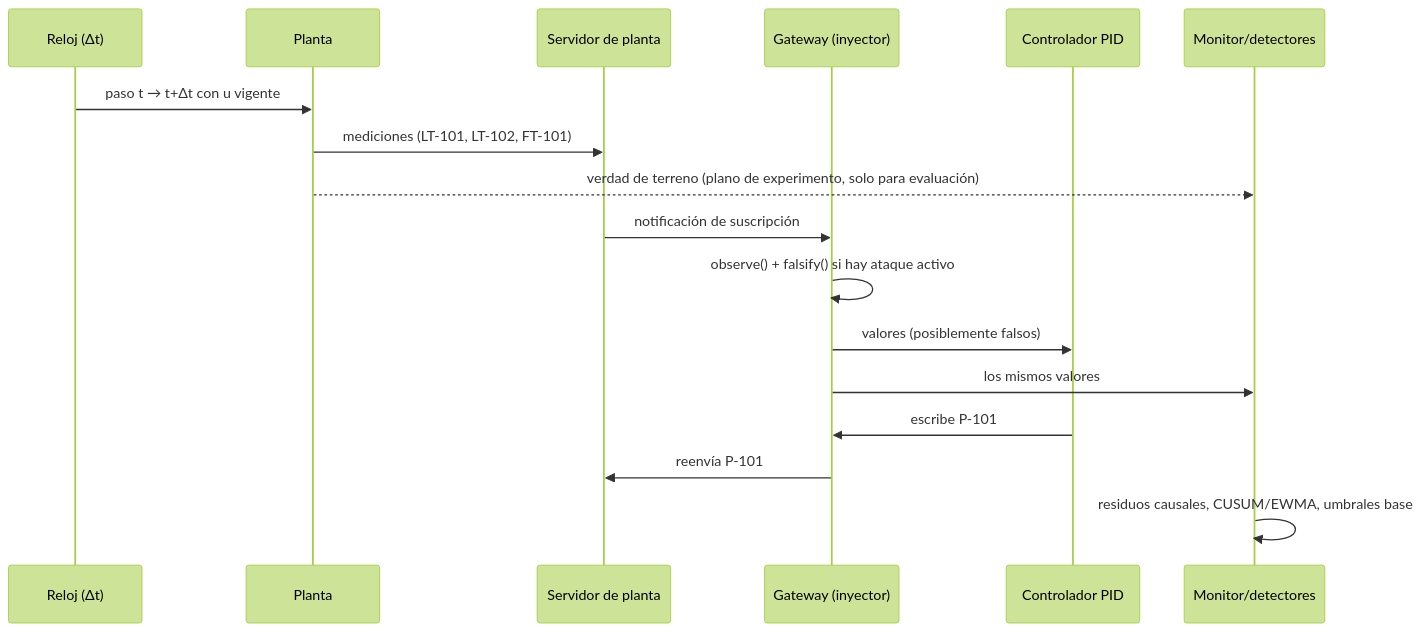
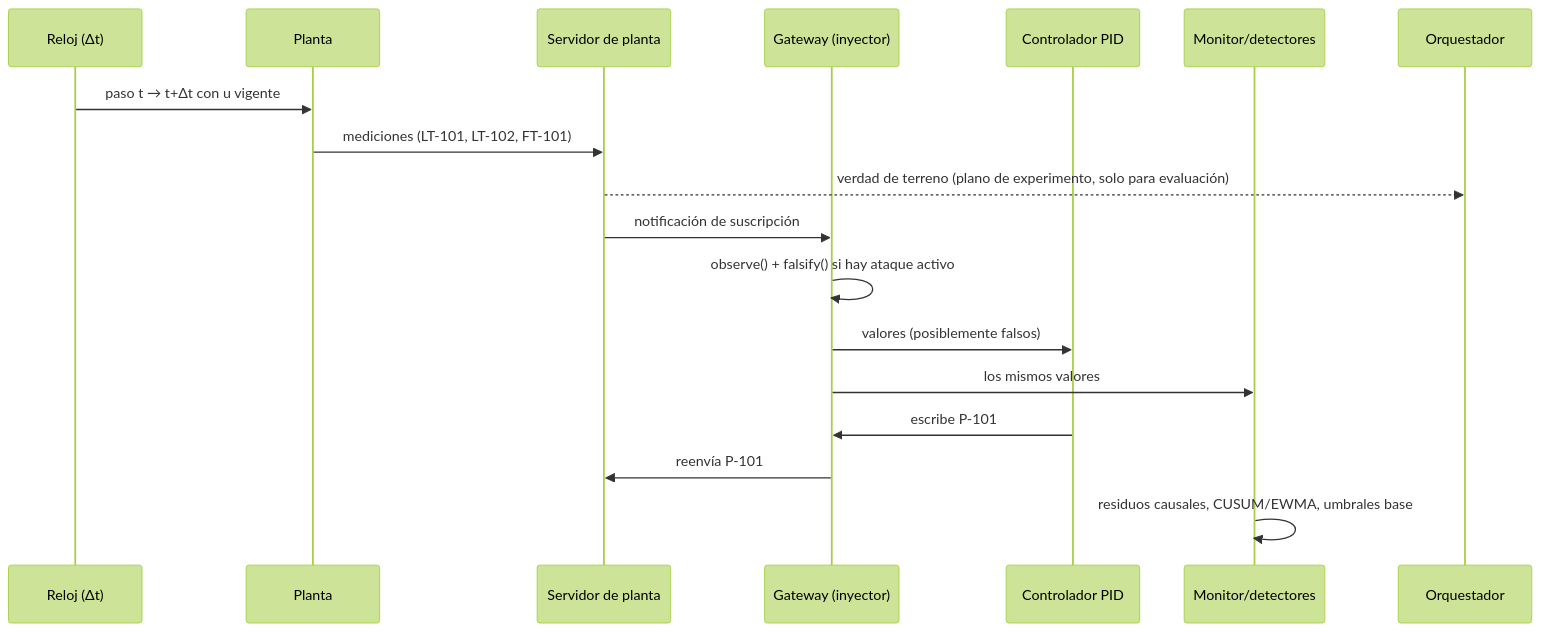
Before and after one commit to owen854/Deteccion-FDI-Causal-OPCUA: the second of 2 diagrams in Codigo Fuente/docs/arquitectura.md, drawn with Mermaid (forest theme). The commit also changed other lines of this file and 4 other files, not shown here.

````diff
--- a/Codigo Fuente/docs/arquitectura.md
+++ b/Codigo Fuente/docs/arquitectura.md
@@ -53,19 +57,20 @@
 ```mermaid
 sequenceDiagram
     participant CK as Reloj (Δt)
     participant PL as Planta
     participant PS as Servidor de planta
     participant GW as Gateway (inyector)
     participant CT as Controlador PID
     participant MO as Monitor/detectores
+    participant OR as Orquestador
     CK->>PL: paso t → t+Δt con u vigente
     PL->>PS: mediciones (LT-101, LT-102, FT-101)
-    PL-->>MO: verdad de terreno (plano de experimento, solo para evaluación)
+    PS-->>OR: verdad de terreno (plano de experimento, solo para evaluación)
     PS->>GW: notificación de suscripción
     GW->>GW: observe() + falsify() si hay ataque activo
     GW->>CT: valores (posiblemente falsos)
     GW->>MO: los mismos valores
     CT->>GW: escribe P-101
     GW->>PS: reenvía P-101
     MO->>MO: residuos causales, CUSUM/EWMA, umbrales base
 ```
````
